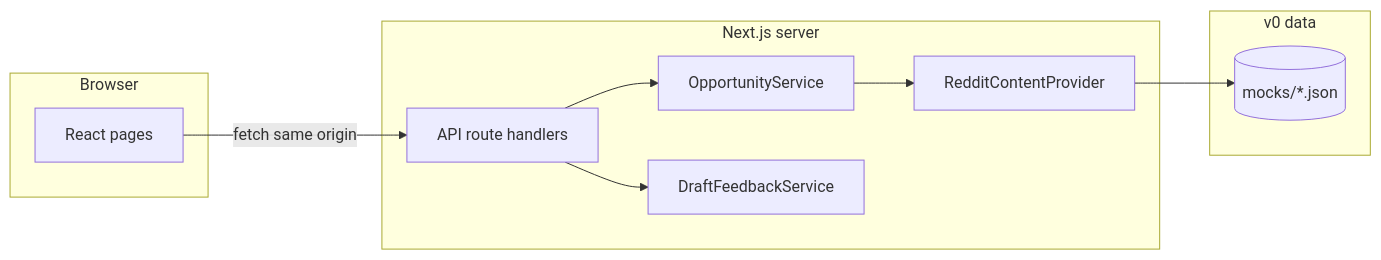
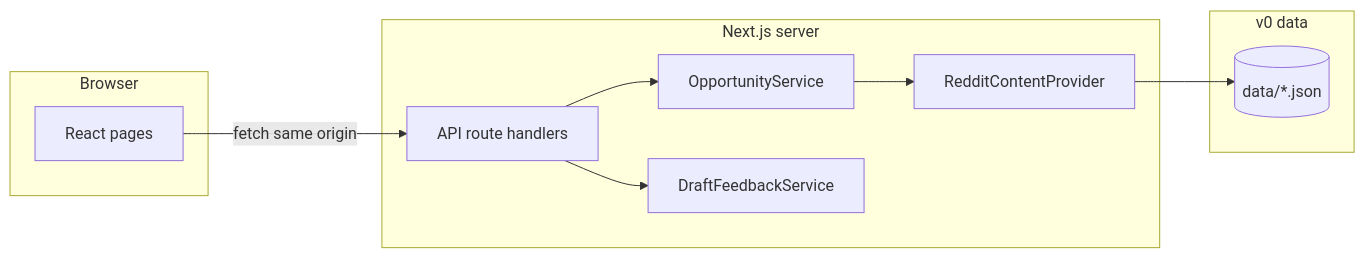
Before and after one commit to BrendenMcKee/discussion-companion: the diagram in docs/ARCHITECTURE.md, drawn with Mermaid. The commit also changed other lines of this file and 18 other files, not shown here.

````diff
--- a/docs/ARCHITECTURE.md
+++ b/docs/ARCHITECTURE.md
@@ -7,23 +7,23 @@
 ```mermaid
 flowchart LR
   subgraph client [Browser]
     UI[React pages]
   end
 
   subgraph server [Next.js server]
     Routes[API route handlers]
     Opp[OpportunityService]
     FB[DraftFeedbackService]
     Prov[RedditContentProvider]
   end
 
   subgraph data [v0 data]
-    JSON[(mocks/*.json)]
+    JSON[(data/*.json)]
   end
 
   UI -->|fetch same origin| Routes
   Routes --> Opp
   Routes --> FB
   Opp --> Prov
   Prov --> JSON
 ```
````
